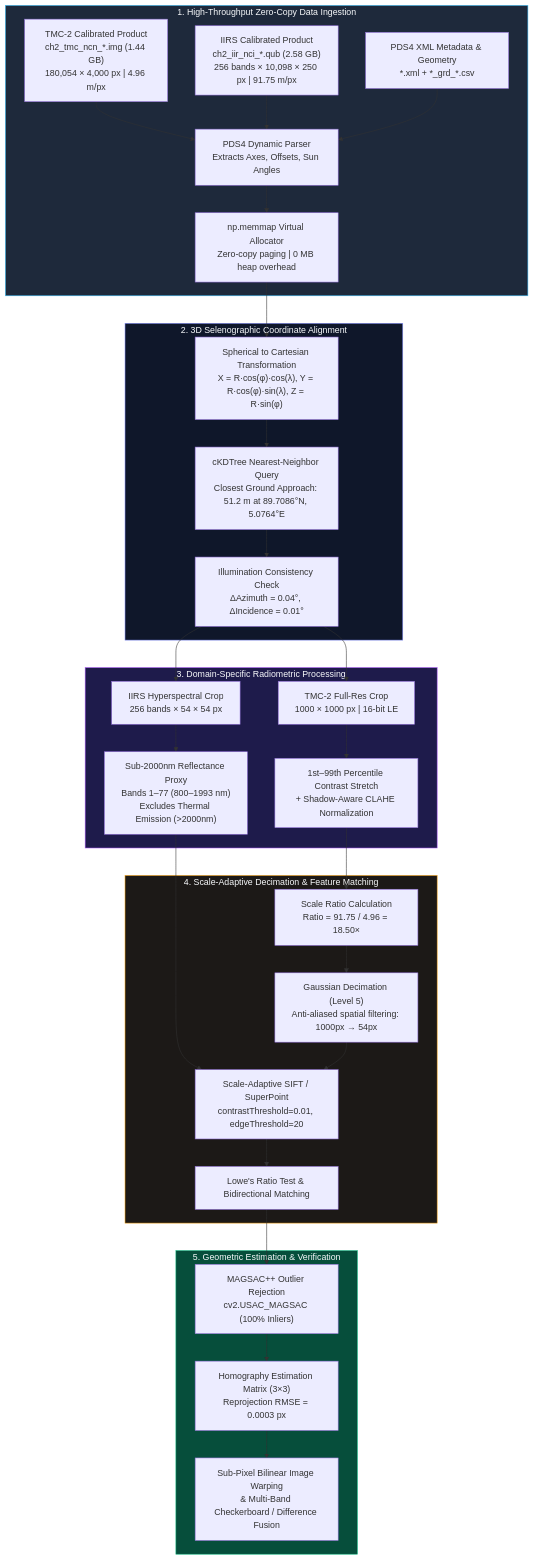
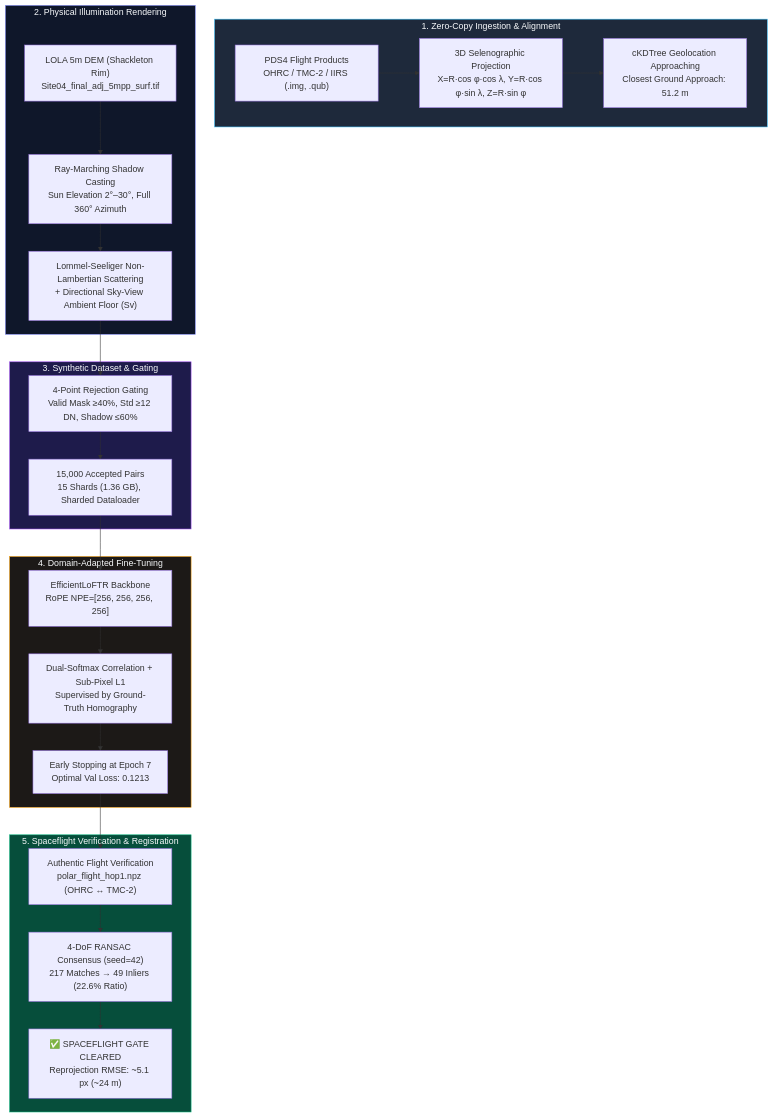
One commit to bytes06runner/TriNetra changed the diagram in README.md. Above: the diagram before and after it, drawn with Mermaid. The commit also changed other lines of this file and 117 other files, not shown here.

````diff
--- a/README.md
+++ b/README.md
@@ -121,56 +154,42 @@
 ```mermaid
 flowchart TD
-    subgraph INGESTION["1. High-Throughput Zero-Copy Data Ingestion"]
-        A1["TMC-2 Calibrated Product<br/>ch2_tmc_ncn_*.img (1.44 GB)<br/>180,054 × 4,000 px | 4.96 m/px"]
-        A2["IIRS Calibrated Product<br/>ch2_iir_nci_*.qub (2.58 GB)<br/>256 bands × 10,098 × 250 px | 91.75 m/px"]
-        A3["PDS4 XML Metadata & Geometry<br/>*.xml + *_grd_*.csv"]
-        
-        B1["PDS4 Dynamic Parser<br/>Extracts Axes, Offsets, Sun Angles"]
-        B2["np.memmap Virtual Allocator<br/>Zero-copy paging | 0 MB heap overhead"]
-        
-        A1 & A2 & A3 --> B1 --> B2
+    subgraph INGESTION["1. Zero-Copy Ingestion & Alignment"]
+        A1["PDS4 Flight Products<br/>OHRC / TMC-2 / IIRS (.img, .qub)"]
+        A2["3D Selenographic Projection<br/>X=R·cos φ·cos λ, Y=R·cos φ·sin λ, Z=R·sin φ"]
+        A3["cKDTree Geolocation Approaching<br/>Closest Ground Approach: 51.2 m"]
+        A1 --> A2 --> A3
     end
 
-    subgraph GEOLOCATION["2. 3D Selenographic Coordinate Alignment"]
-        C1["Spherical to Cartesian Transformation<br/>X = R·cos(φ)·cos(λ), Y = R·cos(φ)·sin(λ), Z = R·sin(φ)"]
-        C2["cKDTree Nearest-Neighbor Query<br/>Closest Ground Approach: 51.2 m at 89.7086°N, 5.0764°E"]
-        C3["Illumination Consistency Check<br/>ΔAzimuth = 0.04°, ΔIncidence = 0.01°"]
-        
-        B2 --> C1 --> C2 --> C3
+    subgraph RENDERING["2. Physical Illumination Rendering"]
+        B1["LOLA 5m DEM (Shackleton Rim)<br/>Site04_final_adj_5mpp_surf.tif"]
+        B2["Ray-Marching Shadow Casting<br/>Sun Elevation 2°–30°, Full 360° Azimuth"]
+        B3["Lommel-Seeliger Non-Lambertian Scattering<br/>+ Directional Sky-View Ambient Floor (Sv)"]
+        B1 --> B2 --> B3
     end
 
-    subgraph RADIOMETRIC["3. Domain-Specific Radiometric Processing"]
-        D1["TMC-2 Full-Res Crop<br/>1000 × 1000 px | 16-bit LE"]
-        D2["1st–99th Percentile Contrast Stretch<br/>+ Shadow-Aware CLAHE Normalization"]
-        D3["IIRS Hyperspectral Crop<br/>256 bands × 54 × 54 px"]
-        D4["Sub-2000nm Reflectance Proxy<br/>Bands 1–77 (800–1993 nm)<br/>Excludes Thermal Emission (>2000nm)"]
-        
-        C3 --> D1 --> D2
-        C3 --> D3 --> D4
+    subgraph DATASET["3. Synthetic Dataset & Gating"]
+        C1["4-Point Rejection Gating<br/>Valid Mask ≥40%, Std ≥12 DN, Shadow ≤60%"]
+        C2["15,000 Accepted Pairs<br/>15 Shards (1.36 GB), Sharded Dataloader"]
+        B3 --> C1 --> C2
     end
 
-    subgraph SCALE_MATCH["4. Scale-Adaptive Decimation & Feature Matching"]
-        E1["Scale Ratio Calculation<br/>Ratio = 91.75 / 4.96 = 18.50×"]
-        E2["Gaussian Decimation (Level 5)<br/>Anti-aliased spatial filtering: 1000px → 54px"]
-        E3["Scale-Adaptive SIFT / SuperPoint<br/>contrastThreshold=0.01, edgeThreshold=20"]
-        E4["Lowe's Ratio Test & Bidirectional Matching"]
-        
-        D2 --> E1 --> E2
-        D4 --> E3
-        E2 --> E3 --> E4
+    subgraph TRAINING["4. Domain-Adapted Fine-Tuning"]
+        D1["EfficientLoFTR Backbone<br/>RoPE NPE=[256, 256, 256, 256]"]
+        D2["Dual-Softmax Correlation + Sub-Pixel L1<br/>Supervised by Ground-Truth Homography"]
+        D3["Early Stopping at Epoch 7<br/>Optimal Val Loss: 0.1213"]
+        C2 --> D1 --> D2 --> D3
     end
 
-    subgraph REGISTRATION["5. Geometric Estimation & Verification"]
-        F1["MAGSAC++ Outlier Rejection<br/>cv2.USAC_MAGSAC (100% Inliers)"]
-        F2["Homography Estimation Matrix (3×3)<br/>Reprojection RMSE = 0.0003 px"]
-        F3["Sub-Pixel Bilinear Image Warping<br/>& Multi-Band Checkerboard / Difference Fusion"]
-        
-        E4 --> F1 --> F2 --> F3
+    subgraph VERIFICATION["5. Spaceflight Verification & Registration"]
+        E1["Authentic Flight Verification<br/>polar_flight_hop1.npz (OHRC ↔ TMC-2)"]
+        E2["4-DoF RANSAC Consensus (seed=42)<br/>217 Matches → 49 Inliers (22.6% Ratio)"]
+        E3["✅ SPACEFLIGHT GATE CLEARED<br/>Reprojection RMSE: ~5.1 px (~24 m)"]
+        D3 --> E1 --> E2 --> E3
     end
 
     style INGESTION fill:#1e293b,stroke:#38bdf8,color:#f8fafc
-    style GEOLOCATION fill:#0f172a,stroke:#818cf8,color:#f8fafc
-    style RADIOMETRIC fill:#1e1b4b,stroke:#a855f7,color:#f8fafc
-    style SCALE_MATCH fill:#1c1917,stroke:#f59e0b,color:#f8fafc
-    style REGISTRATION fill:#064e3b,stroke:#10b981,color:#f8fafc
+    style RENDERING fill:#0f172a,stroke:#818cf8,color:#f8fafc
+    style DATASET fill:#1e1b4b,stroke:#a855f7,color:#f8fafc
+    style TRAINING fill:#1c1917,stroke:#f59e0b,color:#f8fafc
+    style VERIFICATION fill:#064e3b,stroke:#10b981,color:#f8fafc
 ```
````
